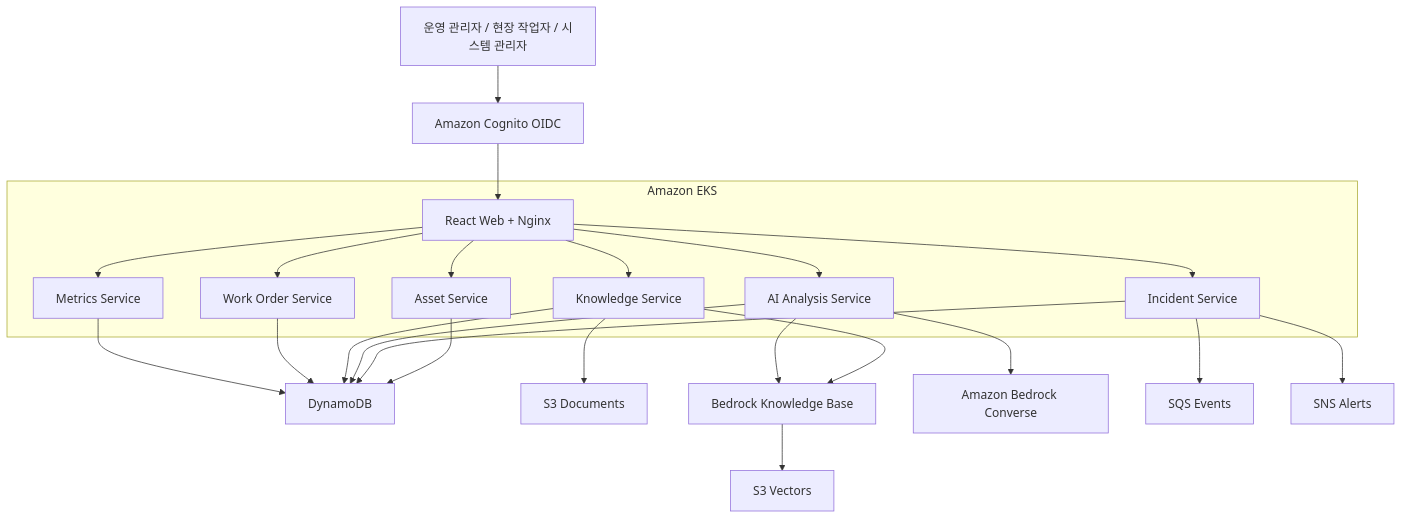
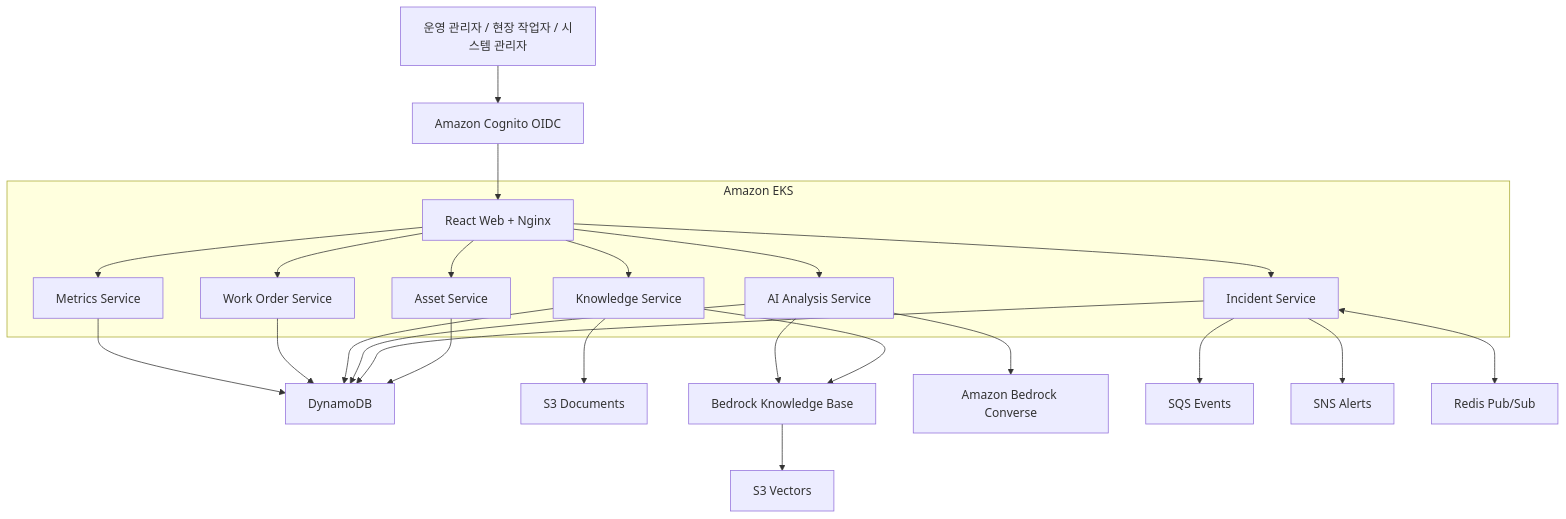
The second of 2 diagrams in README.md (choiseongjun/AX-sentinel), drawn with Mermaid before and after one commit. The commit also changed other lines of this file and 26 other files, not shown here.

````diff
--- a/README.md
+++ b/README.md
@@ -59,42 +61,43 @@
 ```mermaid
 flowchart TB
     User["운영 관리자 / 현장 작업자 / 시스템 관리자"]
     Cognito["Amazon Cognito OIDC"]
     Web["React Web + Nginx"]
 
     User --> Cognito
     Cognito --> Web
 
     Web --> Asset["Asset Service"]
     Web --> Incident["Incident Service"]
     Web --> AI["AI Analysis Service"]
     Web --> Knowledge["Knowledge Service"]
     Web --> Work["Work Order Service"]
     Web --> Metrics["Metrics Service"]
 
     Asset --> DDB["DynamoDB"]
     Incident --> DDB
     AI --> DDB
     Knowledge --> DDB
     Work --> DDB
     Metrics --> DDB
 
     Knowledge --> S3["S3 Documents"]
     Knowledge --> KB["Bedrock Knowledge Base"]
     KB --> Vector["S3 Vectors"]
     AI --> KB
     AI --> Bedrock["Amazon Bedrock Converse"]
 
     Incident --> SQS["SQS Events"]
     Incident --> SNS["SNS Alerts"]
+    Incident <--> Redis["Redis Pub/Sub"]
 
     subgraph EKS["Amazon EKS"]
         Web
         Asset
         Incident
         AI
         Knowledge
         Work
         Metrics
     end
 ```
````
